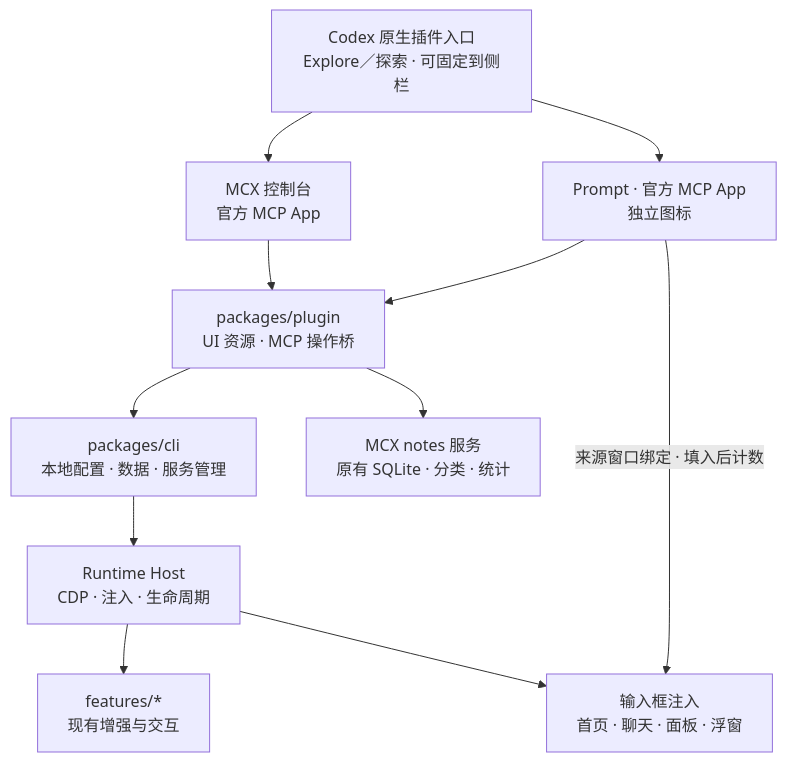
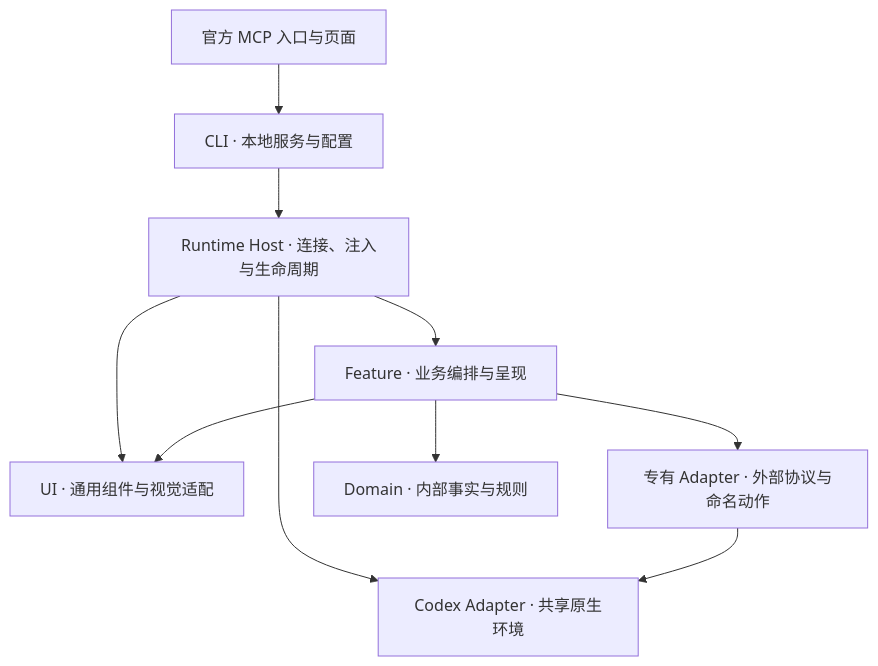
Before and after one commit to Vontean/MineCodex: the diagram in ARCHITECTURE.md, drawn with Mermaid. The commit also changed other lines of this file and 14 other files, not shown here.

````diff
--- a/ARCHITECTURE.md
+++ b/ARCHITECTURE.md
@@ -9,16 +16,12 @@
 ```mermaid
 flowchart TB
-  Entry["Codex 原生插件入口<br/>Explore／探索 · 可固定到侧栏"]
-  Panel["MCX 控制台<br/>官方 MCP App"]
-  Bridge["packages/plugin<br/>UI 资源 · MCP 操作桥"]
-  Service["packages/cli<br/>本地配置 · 数据 · 服务管理"]
-  Runtime["Runtime Host<br/>CDP · 注入 · 生命周期"]
-  Features["features/*<br/>现有增强与交互"]
-  Prompt["Prompt · 官方 MCP App<br/>独立图标"]
-  Notes["MCX notes 服务<br/>原有 SQLite · 分类 · 统计"]
-  Composer["输入框注入<br/>首页 · 聊天 · 面板 · 浮窗"]
-  Entry --> Panel --> Bridge --> Service --> Runtime --> Features
-  Entry --> Prompt --> Bridge --> Notes
-  Runtime --> Composer
-  Prompt -->|来源窗口绑定 · 填入后计数| Composer
+  Entry["官方 MCP 入口与页面"] --> CLI["CLI · 本地服务与配置"]
+  CLI --> Host["Runtime Host · 连接、注入与生命周期"]
+  Host --> Env["Codex Adapter · 共享原生环境"]
+  Host --> UI["UI · 通用组件与视觉适配"]
+  Host --> Feature["Feature · 业务编排与呈现"]
+  Feature --> Native["专有 Adapter · 外部协议与命名动作"]
+  Feature --> Domain["Domain · 内部事实与规则"]
+  Native --> Env
+  Feature --> UI
 ```
````
